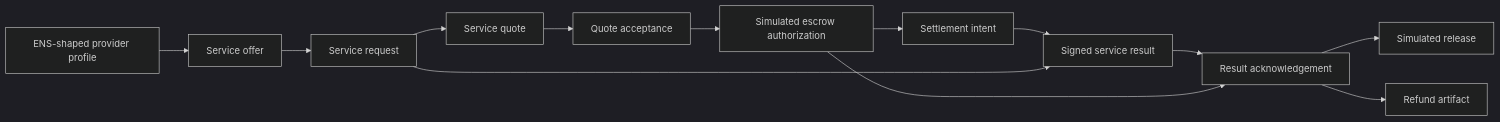
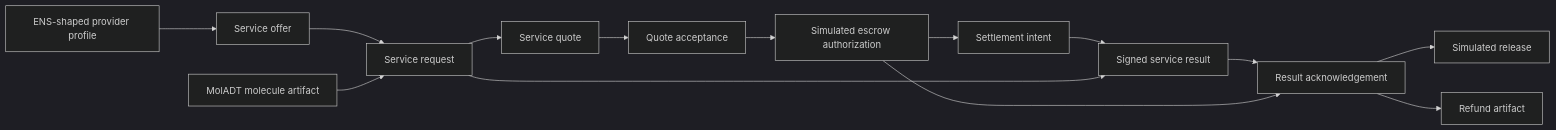
The second of 5 diagrams in docs/ARCHITECTURE.md (xchemtina/ethglobal-openagents), drawn with Mermaid (dark theme) before and after one commit. The commit also changed other lines of this file and 92 other files, not shown here.

First line of the commit message:
feat: chemistry substrate + sponsor surfaces (MolADT, ASKCOS, ENS pub, 0G stub, KeeperHub runbook)

````diff
--- a/docs/ARCHITECTURE.md
+++ b/docs/ARCHITECTURE.md
@@ -34,15 +34,16 @@
 ```mermaid
 flowchart LR
     Profile[ENS-shaped provider profile] --> Offer[Service offer]
     Offer --> Request[Service request]
+    Molecule[MolADT molecule artifact] --> Request
     Request --> Quote[Service quote]
     Quote --> Acceptance[Quote acceptance]
     Acceptance --> Escrow[Simulated escrow authorization]
     Escrow --> Settlement[Settlement intent]
     Settlement --> Result[Signed service result]
     Request --> Result
     Result --> Ack[Result acknowledgement]
     Escrow --> Ack
     Ack --> Release[Simulated release]
     Ack --> Refund[Refund artifact]
 ```
````
